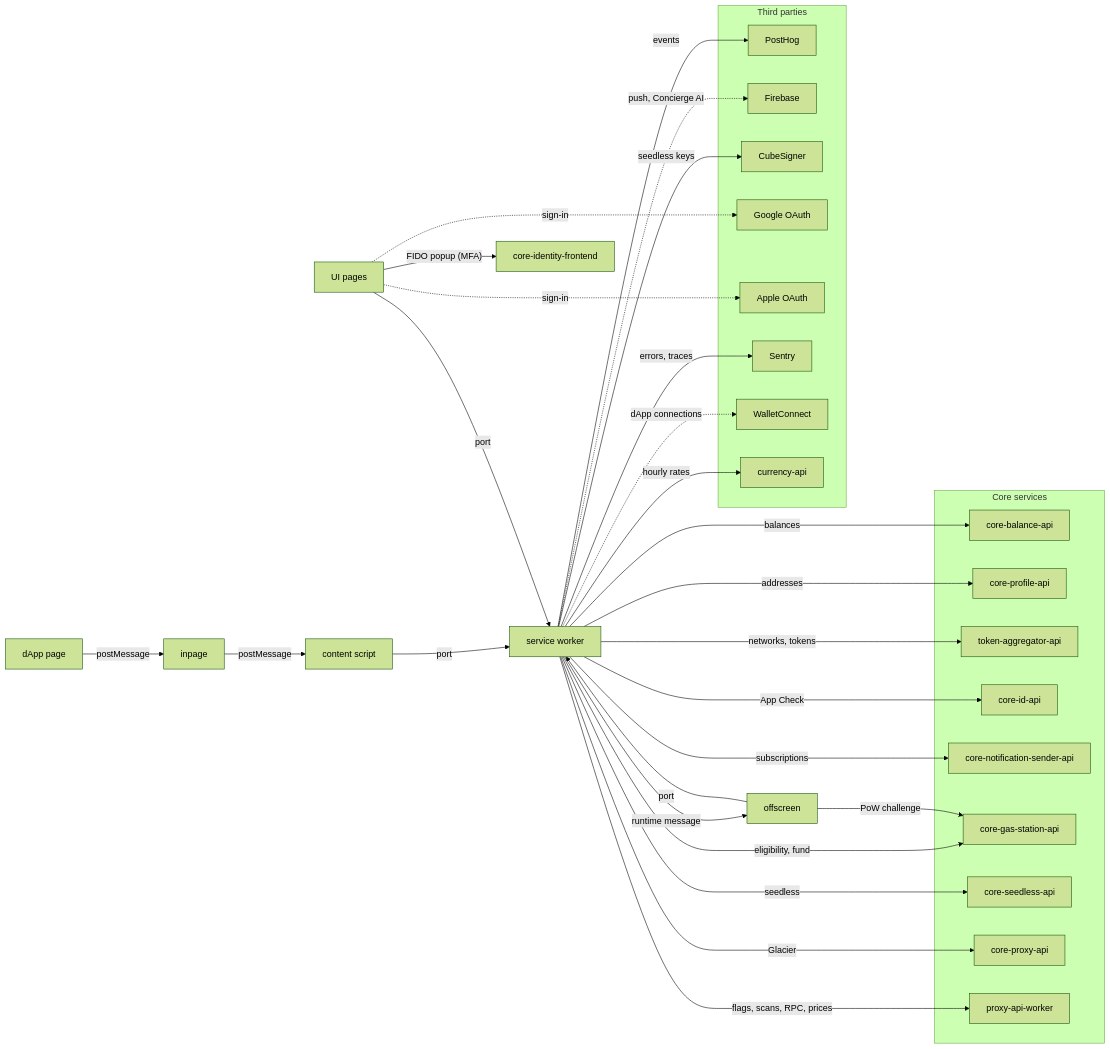
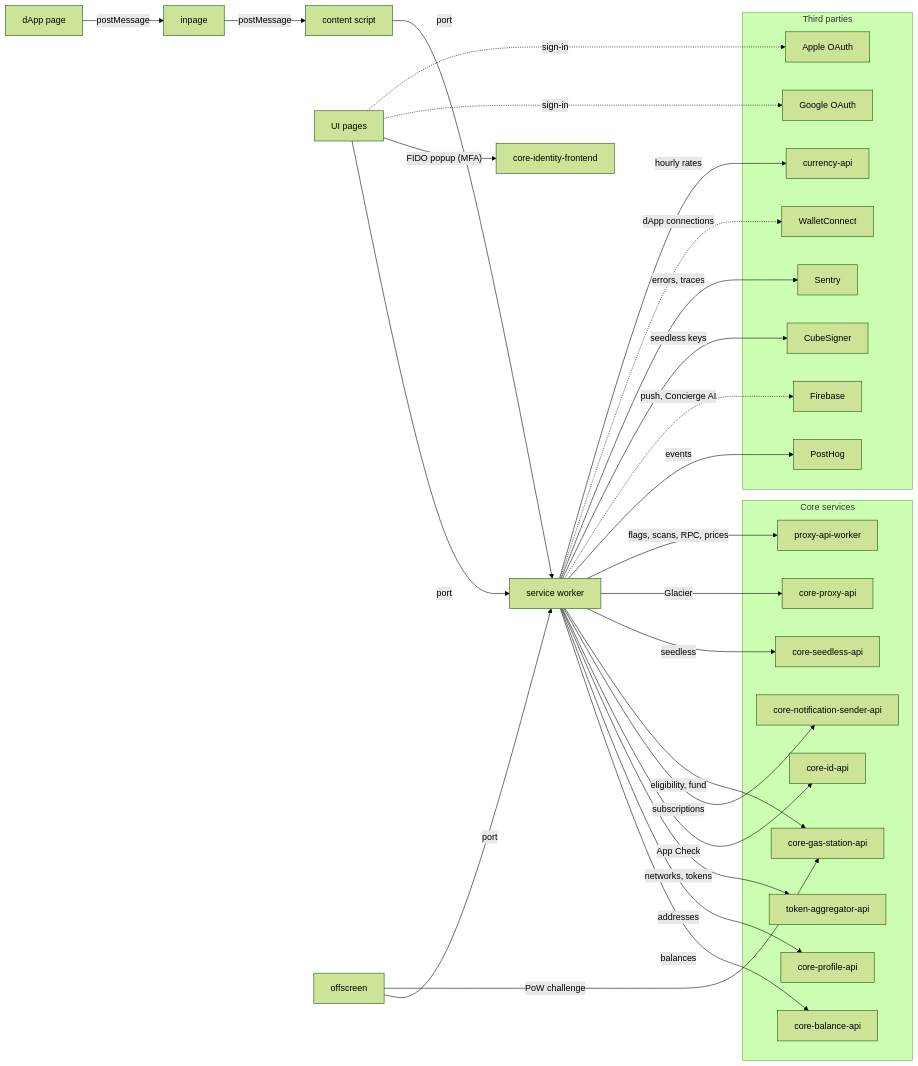
The diagram in docs/index.md (ava-labs/core-extension), drawn with Mermaid (forest theme) before and after one commit. The commit also changed 15 other files, not shown here.

````diff
--- a/docs/index.md
+++ b/docs/index.md
@@ -18,55 +18,54 @@
 ```mermaid
 flowchart LR
     DAPP["dApp page"] -->|"postMessage"| INPAGE["inpage"]
     INPAGE -->|"postMessage"| CS["content script"]
     CS -->|"port"| SW["service worker"]
     UI["UI pages"] -->|"port"| SW
     OFF["offscreen"] -->|"port"| SW
-    SW -->|"runtime message"| OFF
 
     subgraph CORE["Core services"]
         BAL["core-balance-api"]
         PROF["core-profile-api"]
         TOK["token-aggregator-api"]
         ID["core-id-api"]
         NSS["core-notification-sender-api"]
         GAS["core-gas-station-api"]
         SEED["core-seedless-api"]
         PXC["core-proxy-api"]
         PXW["proxy-api-worker"]
     end
 
     IDF["core-identity-frontend"]
 
     subgraph TP["Third parties"]
         PH["PostHog"]
         FB["Firebase"]
         CUBE["CubeSigner"]
         GOOG["Google OAuth"]
         APPLE["Apple OAuth"]
         SENT["Sentry"]
         WC["WalletConnect"]
         CUR["currency-api"]
     end
 
     SW -->|"balances"| BAL
     SW -->|"addresses"| PROF
     SW -->|"networks, tokens"| TOK
     SW -->|"App Check"| ID
     SW -->|"subscriptions"| NSS
     SW -->|"eligibility, fund"| GAS
     OFF -->|"PoW challenge"| GAS
     SW -->|"seedless"| SEED
     UI -->|"FIDO popup (MFA)"| IDF
     SW -->|"Glacier"| PXC
     SW -->|"flags, scans, RPC, prices"| PXW
 
     SW -->|"events"| PH
     SW -.->|"push, Concierge AI"| FB
     SW -->|"seedless keys"| CUBE
     UI -.->|"sign-in"| GOOG
     UI -.->|"sign-in"| APPLE
     SW -->|"errors, traces"| SENT
     SW -.->|"dApp connections"| WC
     SW -->|"hourly rates"| CUR
 ```
````
